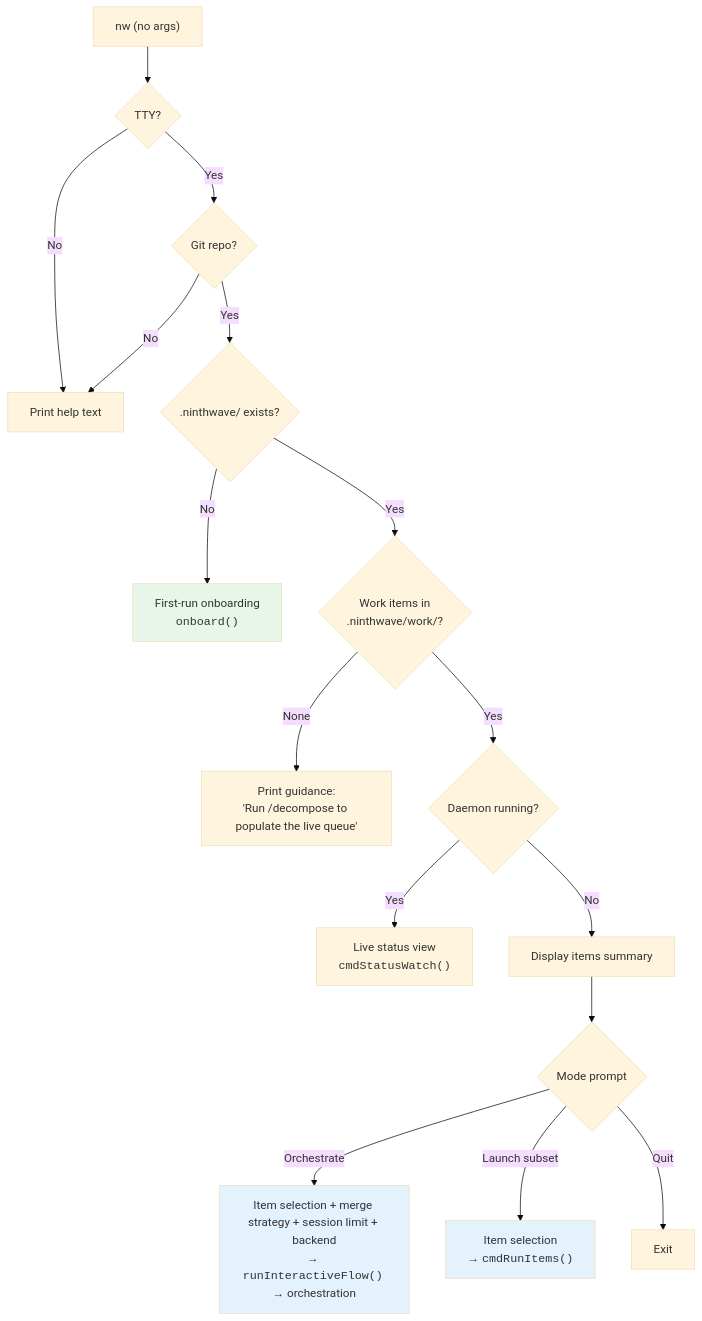
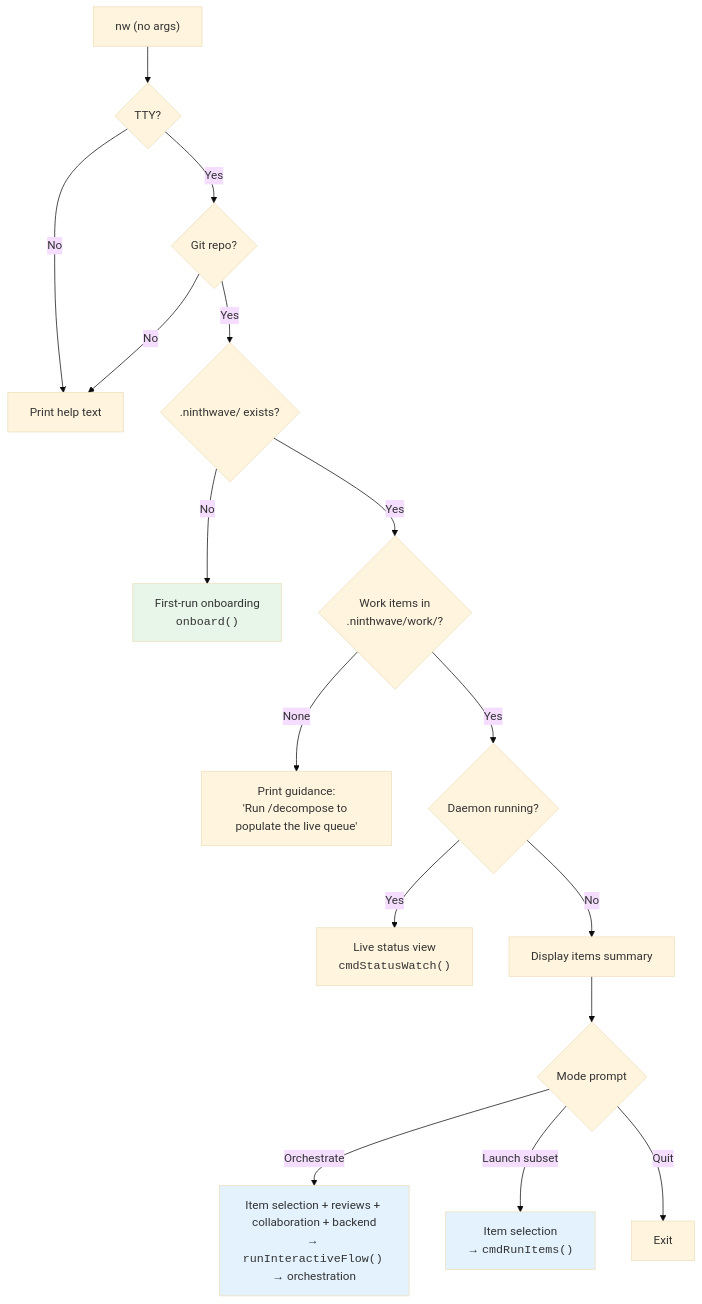
The first of 4 diagrams in docs/onboarding.md (ninthwave-io/ninthwave), drawn with Mermaid (base theme) before and after one commit. The commit also changed other lines of this file and 3 other files, not shown here.

````diff
--- a/docs/onboarding.md
+++ b/docs/onboarding.md
@@ -27,22 +27,22 @@
 ```mermaid
 flowchart TD
     A["nw (no args)"] --> B{TTY?}
     B -->|No| C[Print help text]
     B -->|Yes| D{Git repo?}
     D -->|No| C
     D -->|Yes| E{".ninthwave/ exists?"}
     E -->|No| F["First-run onboarding<br/><code>onboard()</code>"]
     E -->|Yes| G{Work items in<br/>.ninthwave/work/?}
     G -->|None| H["Print guidance:<br/>'Run /decompose to populate the live queue'"]
     G -->|Yes| I{Daemon running?}
     I -->|Yes| J["Live status view<br/><code>cmdStatusWatch()</code>"]
     I -->|No| K[Display items summary]
     K --> L{Mode prompt}
-    L -->|Orchestrate| M["Item selection + merge strategy + session limit + backend<br/>→ <code>runInteractiveFlow()</code> → orchestration"]
+    L -->|Orchestrate| M["Item selection + reviews + collaboration + backend<br/>→ <code>runInteractiveFlow()</code> → orchestration"]
     L -->|Launch subset| N["Item selection<br/>→ <code>cmdRunItems()</code>"]
     L -->|Quit| O[Exit]
 
     style F fill:#e8f5e9
     style M fill:#e3f2fd
     style N fill:#e3f2fd
 ```
````
